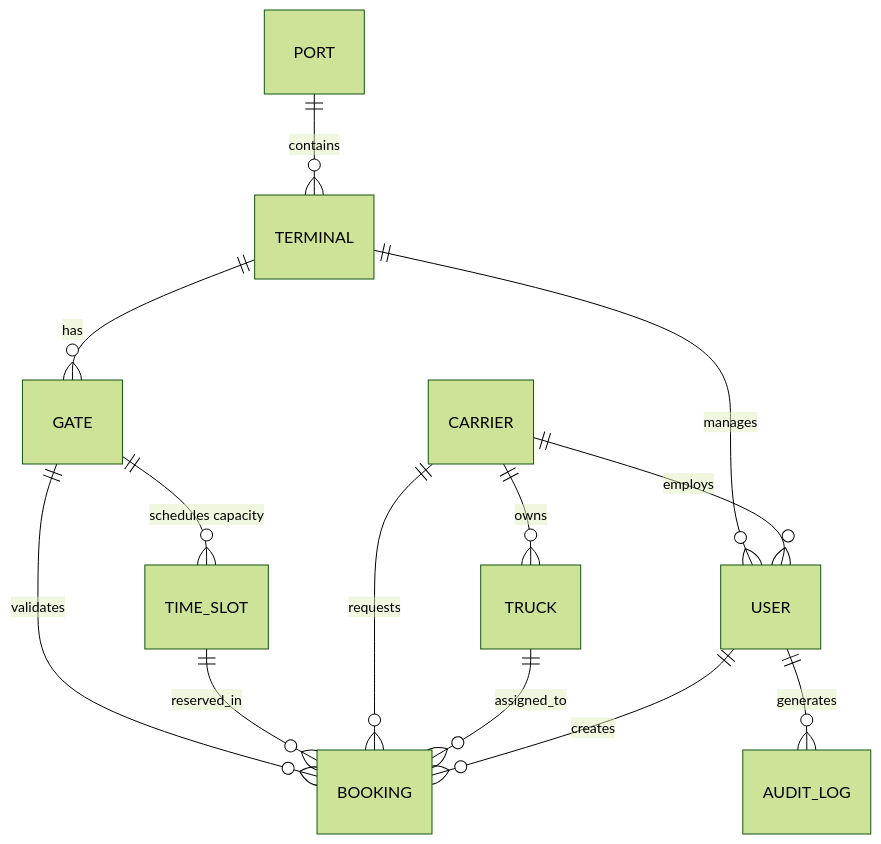
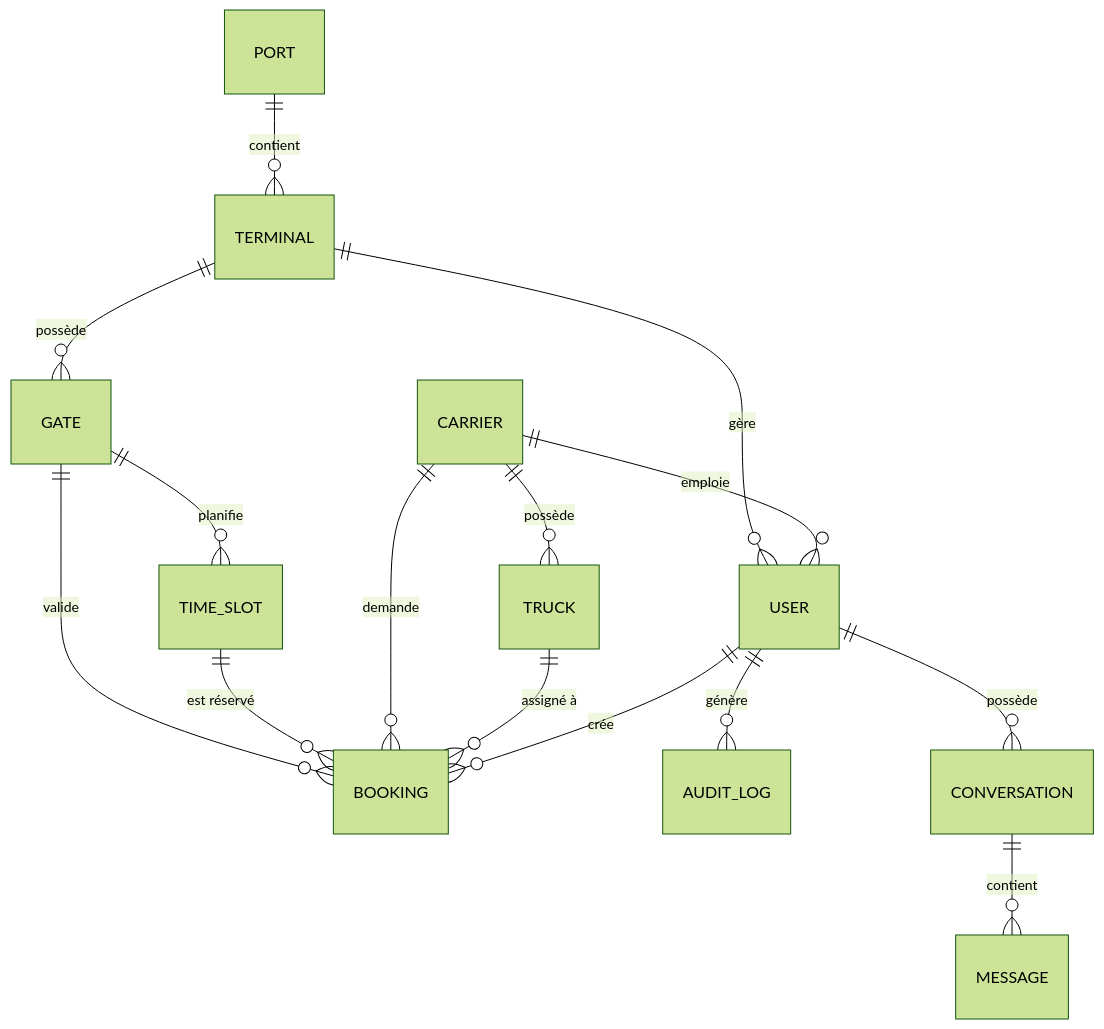
The second of 2 diagrams in TECH_DOCS.md (ademboukabes/Silence-team1), drawn with Mermaid (forest theme) before and after one commit. The commit also changed other lines of this file and 28 other files, not shown here.

````diff
--- a/TECH_DOCS.md
+++ b/TECH_DOCS.md
@@ -46,15 +54,17 @@
 ```mermaid
 erDiagram
-    PORT ||--o{ TERMINAL : "contains"
-    TERMINAL ||--o{ GATE : "has"
-    TERMINAL ||--o{ USER : "manages"
-    GATE ||--o{ TIME_SLOT : "schedules capacity"
-    GATE ||--o{ BOOKING : "validates"
-    TIME_SLOT ||--o{ BOOKING : "reserved_in"
-    CARRIER ||--o{ TRUCK : "owns"
-    CARRIER ||--o{ USER : "employs"
-    CARRIER ||--o{ BOOKING : "requests"
-    TRUCK ||--o{ BOOKING : "assigned_to"
-    USER ||--o{ BOOKING : "creates"
-    USER ||--o{ AUDIT_LOG : "generates"
+    PORT ||--o{ TERMINAL : "contient"
+    TERMINAL ||--o{ GATE : "possède"
+    TERMINAL ||--o{ USER : "gère"
+    GATE ||--o{ TIME_SLOT : "planifie"
+    GATE ||--o{ BOOKING : "valide"
+    TIME_SLOT ||--o{ BOOKING : "est réservé"
+    CARRIER ||--o{ TRUCK : "possède"
+    CARRIER ||--o{ USER : "emploie"
+    CARRIER ||--o{ BOOKING : "demande"
+    TRUCK ||--o{ BOOKING : "assigné à"
+    USER ||--o{ BOOKING : "crée"
+    USER ||--o{ AUDIT_LOG : "génère"
+    USER ||--o{ CONVERSATION : "possède"
+    CONVERSATION ||--o{ MESSAGE : "contient"
 ```
````
